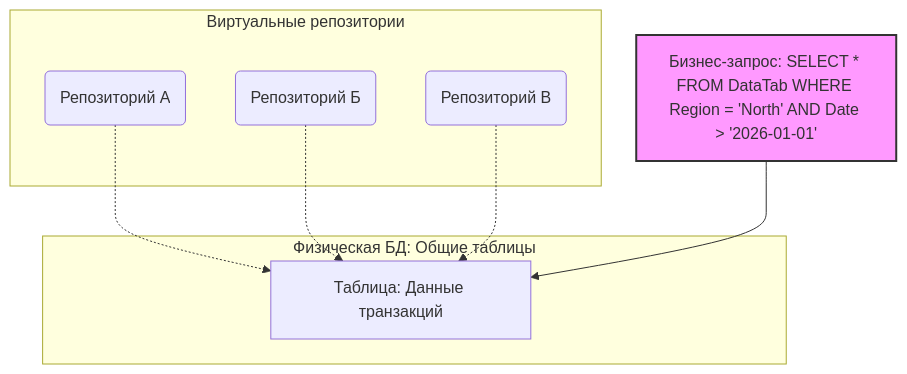
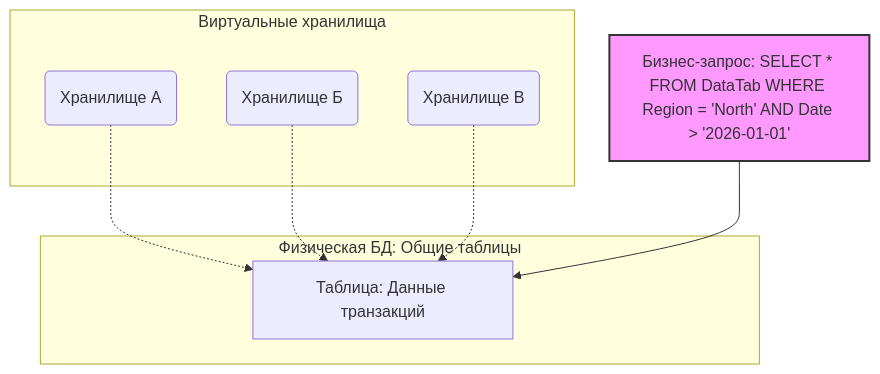
One commit to Data-Independence-Network/presentations changed the first of 51 diagrams in shared_docs/Технический документ платформы Турбаза.md. Above: the diagram before and after it, drawn with Mermaid. The commit also changed other lines of this file and 8 other files, not shown here.

Commit message:
Переименовал Репозитории в Хранилища

````diff
--- a/shared_docs/Технический документ платформы Турбаза.md
+++ b/shared_docs/Технический документ платформы Турбаза.md
@@ -33,28 +33,28 @@
 ```mermaid
 graph TD
     %% Физический слой
     subgraph PhysicalDB [Физическая БД: Общие таблицы]
         DataTab[Таблица: Данные транзакций]
     end
 
     %% Логическое представление
-    subgraph VirtualRepos [Виртуальные репозитории]
-        RepoA(Репозиторий А)
-        RepoB(Репозиторий Б)
-        RepoC(Репозиторий В)
+    subgraph VirtualRepos [Виртуальные хранилища]
+        RepoA(Хранилище А)
+        RepoB(Хранилище Б)
+        RepoC(Хранилище В)
     end
 
     %% Бизнес-аналитика
     Query[Бизнес-запрос: SELECT * FROM DataTab WHERE Region = 'North' AND Date > '2026-01-01']
 
     %% Связи
     RepoA -.-> DataTab
     RepoB -.-> DataTab
     RepoC -.-> DataTab
 
     Query --> DataTab
 
     %% Стиль
     classDef highlight fill:#f9f,stroke:#333,stroke-width:2px;
     class Query highlight;
 ```
````
